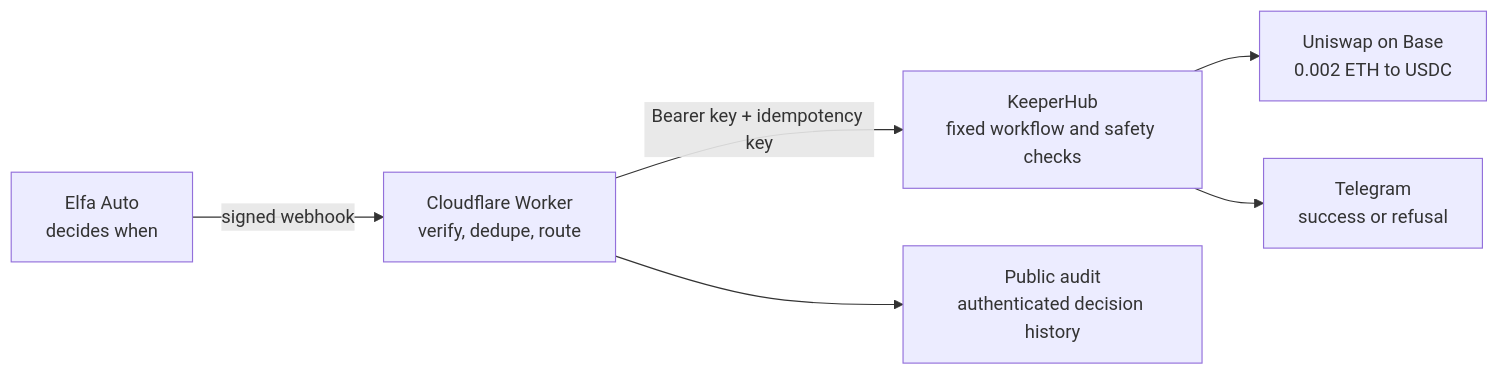
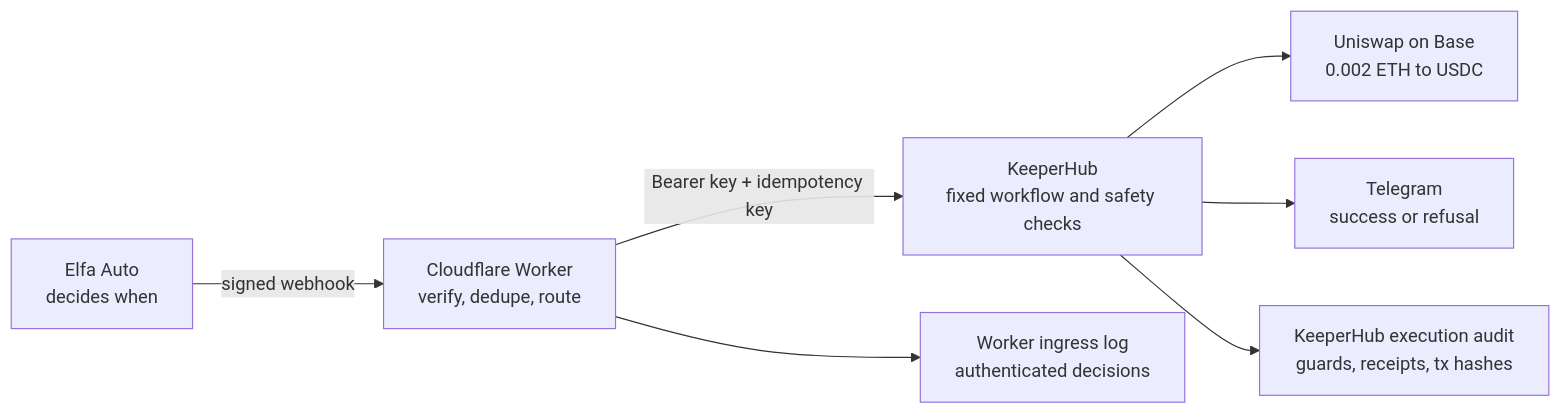
Before and after one commit to damli40/elfa-keeperhub-bridge: the diagram in docs/JUDGE-DEMO.md, drawn with Mermaid. The commit also changed other lines of this file and 2 other files, not shown here.

Commit message:
docs: clarify worker and KeeperHub audit layers

````diff
--- a/docs/JUDGE-DEMO.md
+++ b/docs/JUDGE-DEMO.md
@@ -10,8 +10,9 @@
 ```mermaid
 flowchart LR
     A[Elfa Auto<br/>decides when] -->|signed webhook| B[Cloudflare Worker<br/>verify, dedupe, route]
     B -->|Bearer key + idempotency key| C[KeeperHub<br/>fixed workflow and safety checks]
     C --> D[Uniswap on Base<br/>0.002 ETH to USDC]
     C --> E[Telegram<br/>success or refusal]
-    B --> F[Public audit<br/>authenticated decision history]
+    B --> F[Worker ingress log<br/>authenticated decisions]
+    C --> G[KeeperHub execution audit<br/>guards, receipts, tx hashes]
 ```
````
